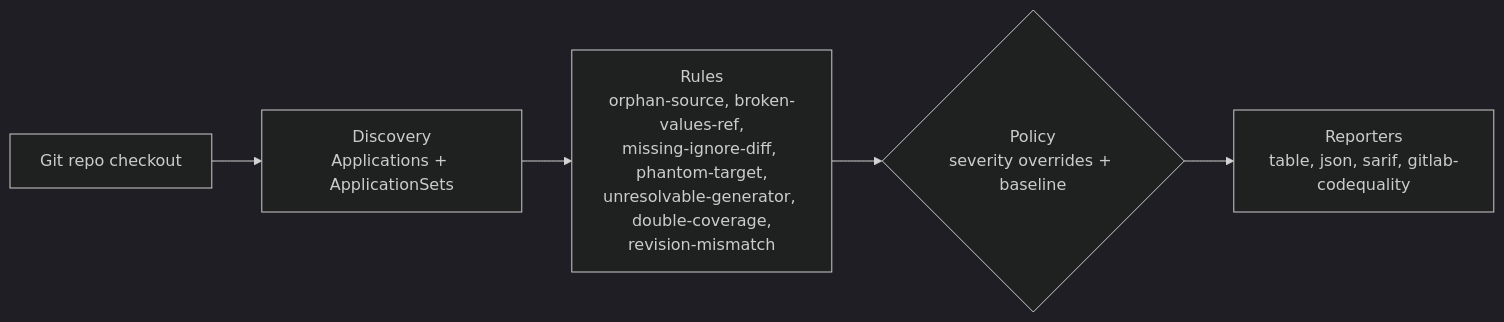
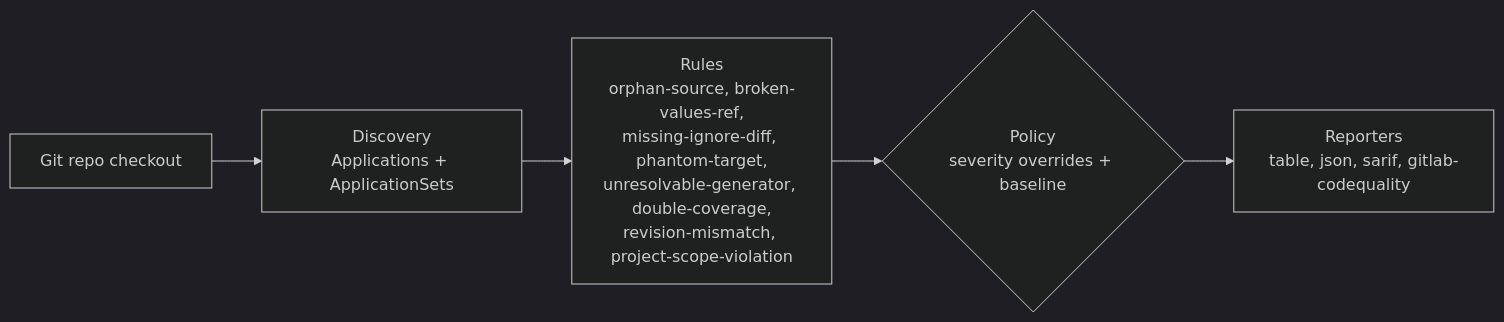
Before and after one commit to actions-marketplace-validations/gillesl-dev_argocd-source-lint: the diagram in README.md, drawn with Mermaid (dark theme). The commit also changed other lines of this file and 15 other files, not shown here.

First line of the commit message:
feat: add project-scope-violation rule

````diff
--- a/README.md
+++ b/README.md
@@ -68,7 +69,7 @@
 ```mermaid
 flowchart LR
     A["Git repo checkout"] --> B["Discovery<br/>Applications + ApplicationSets"]
-    B --> C["Rules<br/>orphan-source, broken-values-ref,<br/>missing-ignore-diff, phantom-target,<br/>unresolvable-generator, double-coverage,<br/>revision-mismatch"]
+    B --> C["Rules<br/>orphan-source, broken-values-ref,<br/>missing-ignore-diff, phantom-target,<br/>unresolvable-generator, double-coverage,<br/>revision-mismatch, project-scope-violation"]
     C --> D{"Policy<br/>severity overrides + baseline"}
     D --> E["Reporters<br/>table, json, sarif, gitlab-codequality"]
 ```
````
